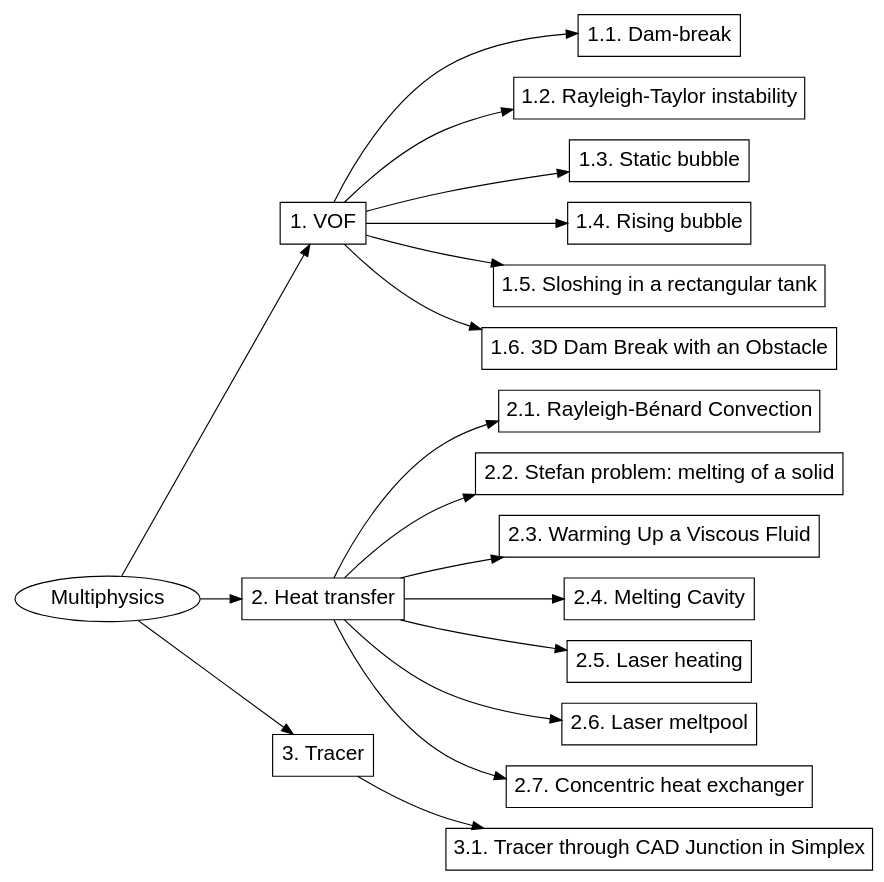
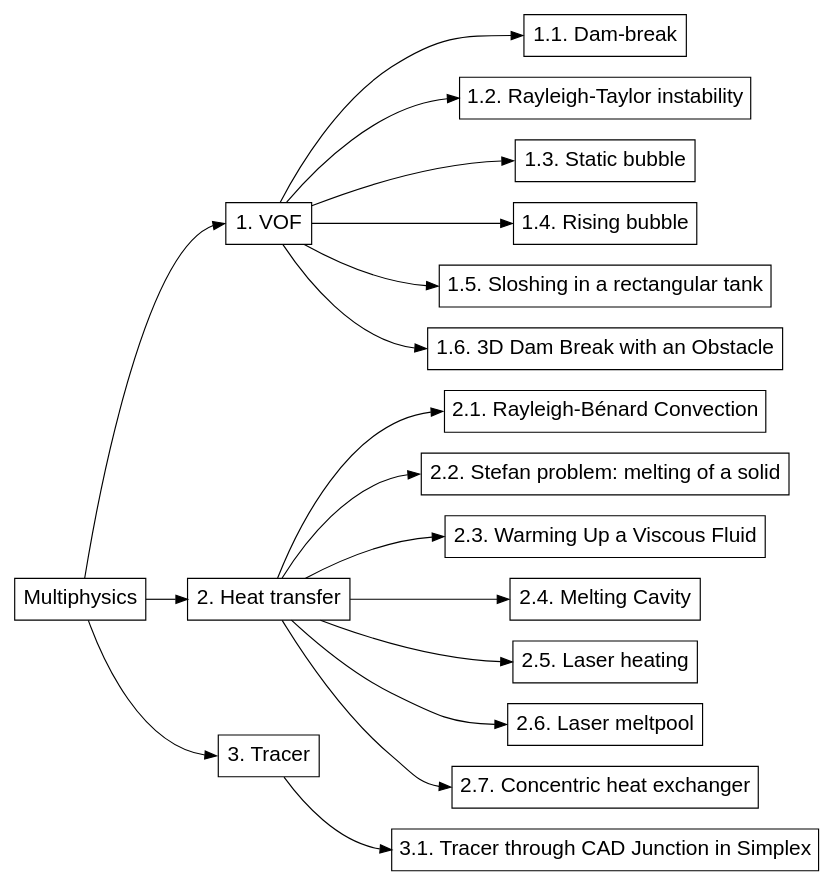
The diagram in doc/source/examples/multiphysics/multiphysics.rst (chaos-polymtl/lethe), drawn with Graphviz before and after one commit. The commit also changed other lines of this file and 5 other files, not shown here.

```diff
--- a/doc/source/examples/multiphysics/multiphysics.rst
+++ b/doc/source/examples/multiphysics/multiphysics.rst
@@ -14,68 +15,68 @@
 .. graphviz:: 
 
     digraph multiphysics_diagram {
       graph [align=true];
-      node [fontname=Arial, fontsize=18];
+      node [fontname=Arial, fontsize=18, shape=box];
       center=true;
       fontname="Comic Sans MS";
       fontsize = "20";
       rankdir="LR";
       size = "9,9";
       
       multiphysics [label="Multiphysics", href="https://lethe-cfd.github.io/lethe/examples/multiphysics/multiphysics.html"];
 
-      multiphysics_1 [label="1. VOF",shape=polygon,sides=4, href="https://lethe-cfd.github.io/lethe/examples/multiphysics/vof.html"];  
+      multiphysics_1 [label="1. VOF", href="https://lethe-cfd.github.io/lethe/examples/multiphysics/vof.html"];  
 
-      multiphysics_1_1 [label="1.1. Dam-break",shape=polygon,sides=4, href="https://lethe-cfd.github.io/lethe/examples/multiphysics/dam-break/dam-break.html"];  
+      multiphysics_1_1 [label="1.1. Dam-break", href="https://lethe-cfd.github.io/lethe/examples/multiphysics/dam-break/dam-break.html"];  
 
-      multiphysics_1_2 [label="1.2. Rayleigh-Taylor instability",shape=polygon,sides=4, href="https://lethe-cfd.github.io/lethe/examples/multiphysics/rayleigh-taylor-instability/rayleigh-taylor-instability.html"];  
+      multiphysics_1_2 [label="1.2. Rayleigh-Taylor instability", href="https://lethe-cfd.github.io/lethe/examples/multiphysics/rayleigh-taylor-instability/rayleigh-taylor-instability.html"];  
 
-      multiphysics_1_3 [label="1.3. Static bubble",shape=polygon,sides=4, href="https://lethe-cfd.github.io/lethe/examples/multiphysics/static-bubble/static-bubble.html"];  
+      multiphysics_1_3 [label="1.3. Static bubble", href="https://lethe-cfd.github.io/lethe/examples/multiphysics/static-bubble/static-bubble.html"];  
 
-      multiphysics_1_4 [label="1.4. Rising bubble",shape=polygon,sides=4, href="https://lethe-cfd.github.io/lethe/examples/multiphysics/rising-bubble/rising-bubble.html"];  
+      multiphysics_1_4 [label="1.4. Rising bubble", href="https://lethe-cfd.github.io/lethe/examples/multiphysics/rising-bubble/rising-bubble.html"];  
 
-      multiphysics_1_5 [label="1.5. Sloshing in a rectangular tank",shape=polygon,sides=4, href="https://lethe-cfd.github.io/lethe/examples/multiphysics/sloshing-in-rectangular-tank/sloshing-in-rectangular-tank.html"];  
+      multiphysics_1_5 [label="1.5. Sloshing in a rectangular tank", href="https://lethe-cfd.github.io/lethe/examples/multiphysics/sloshing-in-rectangular-tank/sloshing-in-rectangular-tank.html"];  
 
-      multiphysics_1_6 [label="1.6. 3D Dam Break with an Obstacle",shape=polygon,sides=4, href="https://lethe-cfd.github.io/lethe/examples/multiphysics/3d-dam-break/3d-dam-break.html"];  
+      multiphysics_1_6 [label="1.6. 3D Dam Break with an Obstacle", href="https://lethe-cfd.github.io/lethe/examples/multiphysics/3d-dam-break/3d-dam-break.html"];  
 
-      multiphysics_2 [label="2. Heat transfer",shape=polygon,sides=4, href="https://lethe-cfd.github.io/lethe/examples/multiphysics/heat-transfer.html"];  
+      multiphysics_2 [label="2. Heat transfer", href="https://lethe-cfd.github.io/lethe/examples/multiphysics/heat-transfer.html"];  
 
-      multiphysics_2_1 [label="2.1. Rayleigh-Bénard Convection",shape=polygon,sides=4, href="https://lethe-cfd.github.io/lethe/examples/multiphysics/rayleigh-benard-convection/rayleigh-benard-convection.html"]; 
+      multiphysics_2_1 [label="2.1. Rayleigh-Bénard Convection", href="https://lethe-cfd.github.io/lethe/examples/multiphysics/rayleigh-benard-convection/rayleigh-benard-convection.html"]; 
 
-      multiphysics_2_2 [label="2.2. Stefan problem: melting of a solid",shape=polygon,sides=4, href="https://lethe-cfd.github.io/lethe/examples/multiphysics/stefan-problem/stefan-problem.html"]; 
+      multiphysics_2_2 [label="2.2. Stefan problem: melting of a solid", href="https://lethe-cfd.github.io/lethe/examples/multiphysics/stefan-problem/stefan-problem.html"]; 
 
-      multiphysics_2_3 [label="2.3. Warming Up a Viscous Fluid",shape=polygon,sides=4, href="https://lethe-cfd.github.io/lethe/examples/multiphysics/warming-up-a-viscous-fluid/warming-up-a-viscous-fluid.html"]; 
+      multiphysics_2_3 [label="2.3. Warming Up a Viscous Fluid", href="https://lethe-cfd.github.io/lethe/examples/multiphysics/warming-up-a-viscous-fluid/warming-up-a-viscous-fluid.html"]; 
 
-      multiphysics_2_4 [label="2.4. Melting Cavity",shape=polygon,sides=4, href="https://lethe-cfd.github.io/lethe/examples/multiphysics/melting-cavity/melting-cavity.html"]; 
+      multiphysics_2_4 [label="2.4. Melting Cavity", href="https://lethe-cfd.github.io/lethe/examples/multiphysics/melting-cavity/melting-cavity.html"]; 
 
-      multiphysics_2_5 [label="2.5. Laser heating",shape=polygon,sides=4, href="https://lethe-cfd.github.io/lethe/examples/multiphysics/laser-heating/laser-heating.html"]; 
+      multiphysics_2_5 [label="2.5. Laser heating", href="https://lethe-cfd.github.io/lethe/examples/multiphysics/laser-heating/laser-heating.html"]; 
 
-      multiphysics_2_6 [label="2.6. Laser meltpool",shape=polygon,sides=4, href="https://lethe-cfd.github.io/lethe/examples/multiphysics/laser-meltpool/laser-meltpool.html"]; 
+      multiphysics_2_6 [label="2.6. Laser meltpool", href="https://lethe-cfd.github.io/lethe/examples/multiphysics/laser-meltpool/laser-meltpool.html"]; 
 
-      multiphysics_2_7 [label="2.7. Concentric heat exchanger",shape=polygon,sides=4, href="https://lethe-cfd.github.io/lethe/examples/multiphysics/concentric-heat-exchanger/concentric-heat-exchanger.html"]; 
+      multiphysics_2_7 [label="2.7. Concentric heat exchanger", href="https://lethe-cfd.github.io/lethe/examples/multiphysics/concentric-heat-exchanger/concentric-heat-exchanger.html"]; 
 
-      multiphysics_3 [label="3. Tracer",shape=polygon,sides=4, href="https://lethe-cfd.github.io/lethe/examples/multiphysics/tracer.html"];  
+      multiphysics_3 [label="3. Tracer", href="https://lethe-cfd.github.io/lethe/examples/multiphysics/tracer.html"];  
 
-      multiphysics_3_1 [label="3.1. Tracer through CAD Junction in Simplex",shape=polygon,sides=4, href="https://lethe-cfd.github.io/lethe/examples/multiphysics/tracer-through-cad-junction/tracer-through-cad-junction.html"]; 
+      multiphysics_3_1 [label="3.1. Tracer through CAD Junction in Simplex", href="https://lethe-cfd.github.io/lethe/examples/multiphysics/tracer-through-cad-junction/tracer-through-cad-junction.html"]; 
 
-      multiphysics -> multiphysics_1;
-      multiphysics -> multiphysics_2;
-      multiphysics -> multiphysics_3;
+      multiphysics -> multiphysics_1:w;
+      multiphysics -> multiphysics_2:w;
+      multiphysics -> multiphysics_3:w;
 
-      multiphysics_1 -> multiphysics_1_1;
-      multiphysics_1 -> multiphysics_1_2;
-      multiphysics_1 -> multiphysics_1_3;
-      multiphysics_1 -> multiphysics_1_4;
-      multiphysics_1 -> multiphysics_1_5;
-      multiphysics_1 -> multiphysics_1_6;
+      multiphysics_1 -> multiphysics_1_1:w;
+      multiphysics_1 -> multiphysics_1_2:w;
+      multiphysics_1 -> multiphysics_1_3:w;
+      multiphysics_1 -> multiphysics_1_4:w;
+      multiphysics_1 -> multiphysics_1_5:w;
+      multiphysics_1 -> multiphysics_1_6:w;
 
-      multiphysics_2 -> multiphysics_2_1;
-      multiphysics_2 -> multiphysics_2_2;
-      multiphysics_2 -> multiphysics_2_3;
-      multiphysics_2 -> multiphysics_2_4;
-      multiphysics_2 -> multiphysics_2_5;
-      multiphysics_2 -> multiphysics_2_6;
-      multiphysics_2 -> multiphysics_2_7;
+      multiphysics_2 -> multiphysics_2_1:w;
+      multiphysics_2 -> multiphysics_2_2:w;
+      multiphysics_2 -> multiphysics_2_3:w;
+      multiphysics_2 -> multiphysics_2_4:w;
+      multiphysics_2 -> multiphysics_2_5:w;
+      multiphysics_2 -> multiphysics_2_6:w;
+      multiphysics_2 -> multiphysics_2_7:w;
 
-      multiphysics_3 -> multiphysics_3_1;
+      multiphysics_3 -> multiphysics_3_1:w;
     }
```
